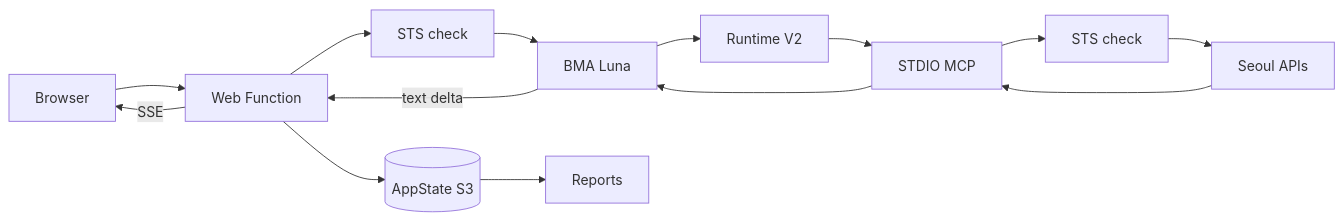
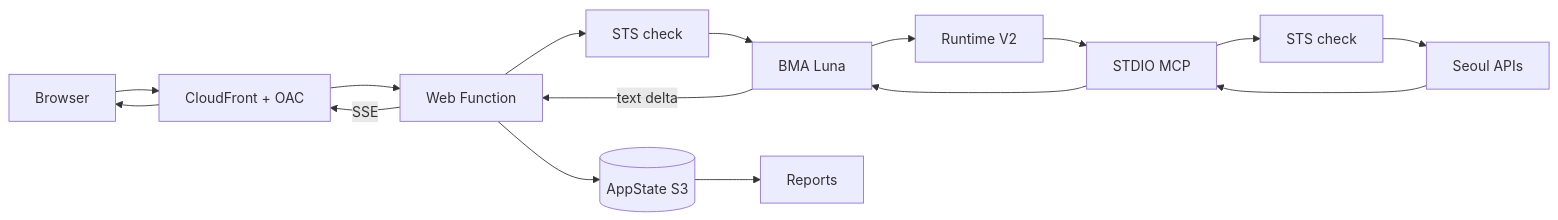
One commit to whchoi98/bma-openai changed the second of 6 diagrams in docs/architecture.md. Above: the diagram before and after it, drawn with Mermaid. The commit also changed other lines of this file and 38 other files, not shown here.

First line of the commit message:
feat: serve both Web Functions through CloudFront with Lambda Web OAC

````diff
--- a/docs/architecture.md
+++ b/docs/architecture.md
@@ -122,7 +166,7 @@
 ```mermaid
 flowchart LR
-  Browser --> Web[Web Function] --> STS1[STS check] --> BMA[BMA Luna] --> Runtime[Runtime V2] --> MCP[STDIO MCP] --> STS2[STS check] --> Seoul[Seoul APIs]
+  Browser --> Edge[CloudFront + OAC] --> Web[Web Function] --> STS1[STS check] --> BMA[BMA Luna] --> Runtime[Runtime V2] --> MCP[STDIO MCP] --> STS2[STS check] --> Seoul[Seoul APIs]
   Seoul --> MCP --> BMA
-  BMA -->|text delta| Web -->|SSE| Browser
+  BMA -->|text delta| Web -->|SSE| Edge --> Browser
   Web --> State[(AppState S3)] --> Reports[Reports]
 ```
````
